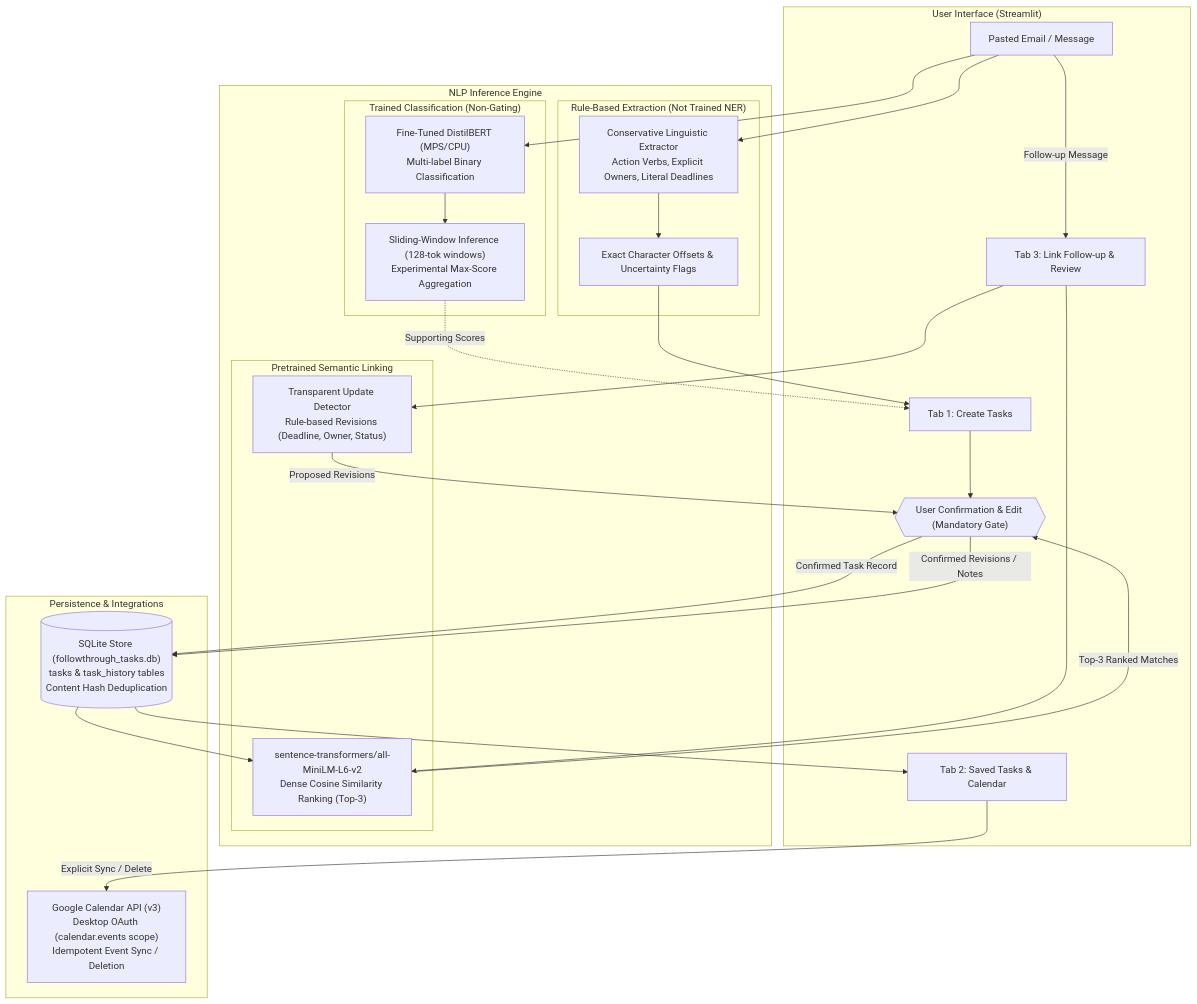
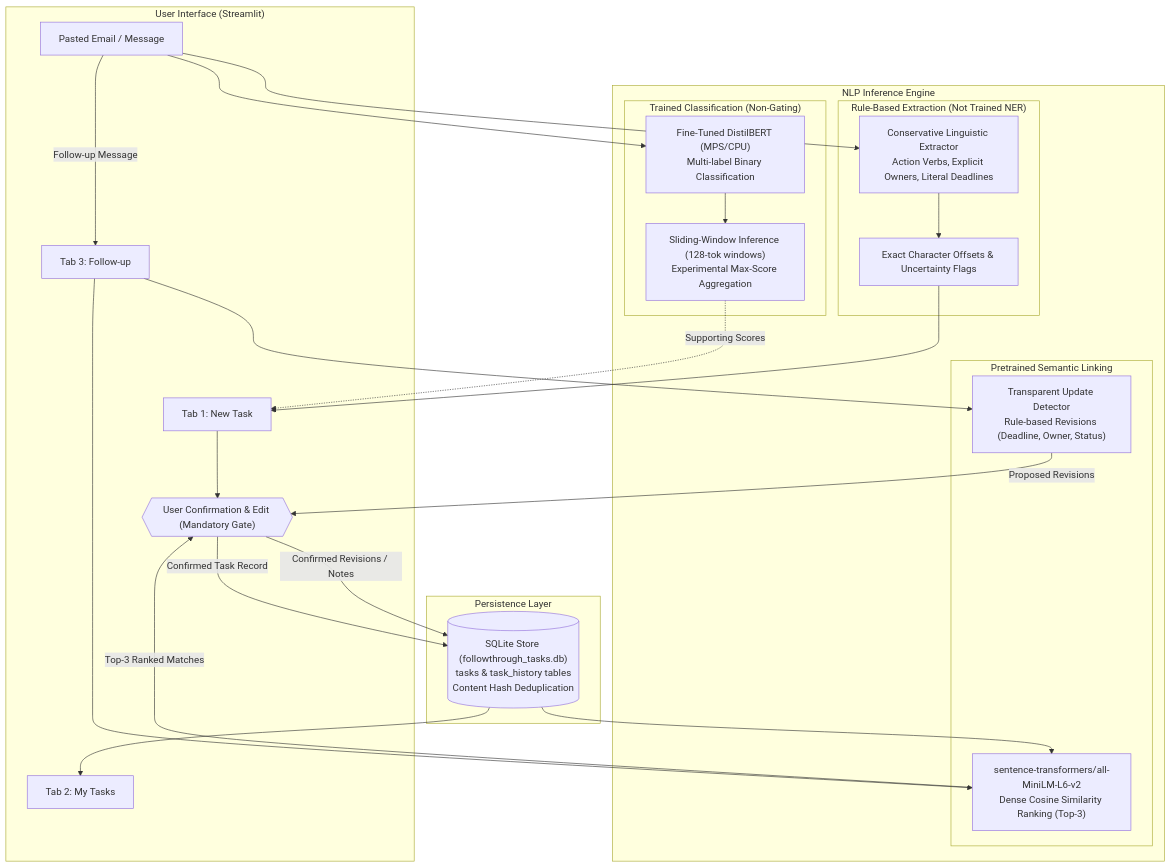
One commit to Rohita-G/FollowThrough changed the first of 2 diagrams in docs/architecture_diagram.md. Above: the diagram before and after it, drawn with Mermaid. The commit also changed 2 other files, not shown here.

Commit message:
refactor: scope app to evidence-backed task tracking, clean 3 main tabs, remove calendar UI

````diff
--- a/docs/architecture_diagram.md
+++ b/docs/architecture_diagram.md
@@ -5,52 +5,50 @@
 ```mermaid
 graph TD
     subgraph UI ["User Interface (Streamlit)"]
         InputMsg["Pasted Email / Message"]
-        UI_Tab1["Tab 1: Create Tasks"]
-        UI_Tab2["Tab 2: Saved Tasks & Calendar"]
-        UI_Tab3["Tab 3: Link Follow-up & Review"]
+        UI_Tab1["Tab 1: New Task"]
+        UI_Tab2["Tab 2: My Tasks"]
+        UI_Tab3["Tab 3: Follow-up"]
         UserReview{{"User Confirmation & Edit (Mandatory Gate)"}}
     end
 
     subgraph NLP_Inference ["NLP Inference Engine"]
         subgraph Classification ["Trained Classification (Non-Gating)"]
             DistilBERT["Fine-Tuned DistilBERT (MPS/CPU)<br/>Multi-label Binary Classification"]
             SlidingWindow["Sliding-Window Inference (128-tok windows)<br/>Experimental Max-Score Aggregation"]
         end
         subgraph Extraction ["Rule-Based Extraction (Not Trained NER)"]
             TaskExtractor["Conservative Linguistic Extractor<br/>Action Verbs, Explicit Owners, Literal Deadlines"]
             OffsetTracker["Exact Character Offsets & Uncertainty Flags"]
         end
         subgraph SemanticLinking ["Pretrained Semantic Linking"]
             MiniLM["sentence-transformers/all-MiniLM-L6-v2<br/>Dense Cosine Similarity Ranking (Top-3)"]
             UpdateDetector["Transparent Update Detector<br/>Rule-based Revisions (Deadline, Owner, Status)"]
         end
     end
 
-    subgraph Persistence ["Persistence & Integrations"]
+    subgraph Persistence ["Persistence Layer"]
         SQLiteDB[("SQLite Store (followthrough_tasks.db)<br/>tasks & task_history tables<br/>Content Hash Deduplication")]
-        GCal["Google Calendar API (v3)<br/>Desktop OAuth (calendar.events scope)<br/>Idempotent Event Sync / Deletion"]
     end
 
     InputMsg --> DistilBERT
     DistilBERT --> SlidingWindow
     SlidingWindow -.->|"Supporting Scores"| UI_Tab1
 
     InputMsg --> TaskExtractor
     TaskExtractor --> OffsetTracker
     OffsetTracker --> UI_Tab1
 
     UI_Tab1 --> UserReview
     UserReview -->|"Confirmed Task Record"| SQLiteDB
 
     SQLiteDB --> UI_Tab2
-    UI_Tab2 -->|"Explicit Sync / Delete"| GCal
 
     SQLiteDB --> MiniLM
     InputMsg -->|"Follow-up Message"| UI_Tab3
     UI_Tab3 --> MiniLM
     UI_Tab3 --> UpdateDetector
     MiniLM -->|"Top-3 Ranked Matches"| UserReview
     UpdateDetector -->|"Proposed Revisions"| UserReview
     UserReview -->|"Confirmed Revisions / Notes"| SQLiteDB
 ```
````
